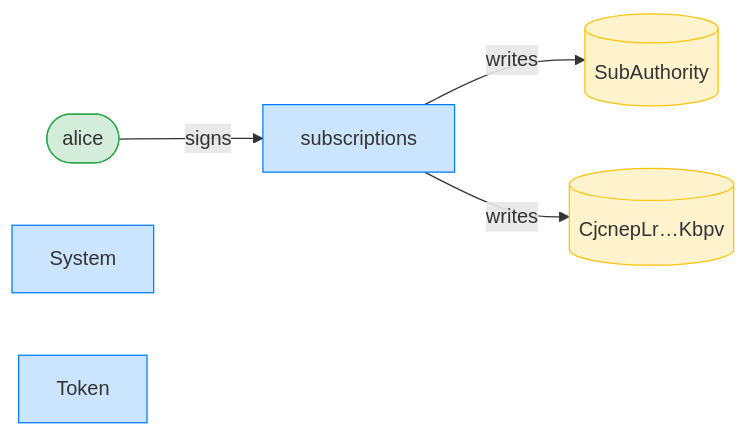
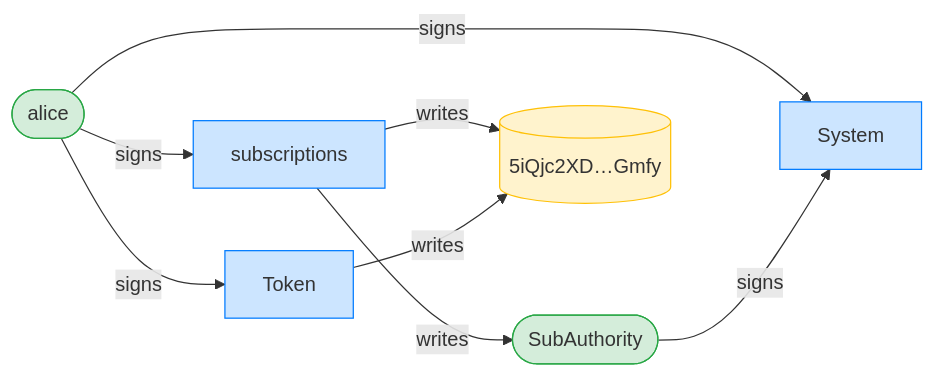
The third of 8 diagrams in dsl_tests/fixed-transfer-exceeding-the-allowance-is-refused.md (cds-rs/subscriptions), drawn with Mermaid before and after one commit. The commit also changed other lines of this file and 224 other files, not shown here.

````diff
--- a/dsl_tests/fixed-transfer-exceeding-the-allowance-is-refused.md
+++ b/dsl_tests/fixed-transfer-exceeding-the-allowance-is-refused.md
@@ -55,15 +56,19 @@
 ```mermaid
 flowchart LR
     classDef signer fill:#d4edda,stroke:#28a745;
     classDef program fill:#cce5ff,stroke:#007bff;
     classDef writable fill:#fff3cd,stroke:#ffc107;
     subscriptions[subscriptions]:::program
     alice([alice]):::signer
-    SubAuthority[(SubAuthority)]:::writable
-    CjcnepLr_Kbpv[("CjcnepLr…Kbpv")]:::writable
+    SubAuthority([SubAuthority]):::signer
+    5iQjc2XD_Gmfy[("5iQjc2XD…Gmfy")]:::writable
     System[System]:::program
     Token[Token]:::program
     alice -->|signs| subscriptions
+    alice -->|signs| System
+    SubAuthority -->|signs| System
+    alice -->|signs| Token
     subscriptions -->|writes| SubAuthority
-    subscriptions -->|writes| CjcnepLr_Kbpv
+    subscriptions -->|writes| 5iQjc2XD_Gmfy
+    Token -->|writes| 5iQjc2XD_Gmfy
 ```
````
